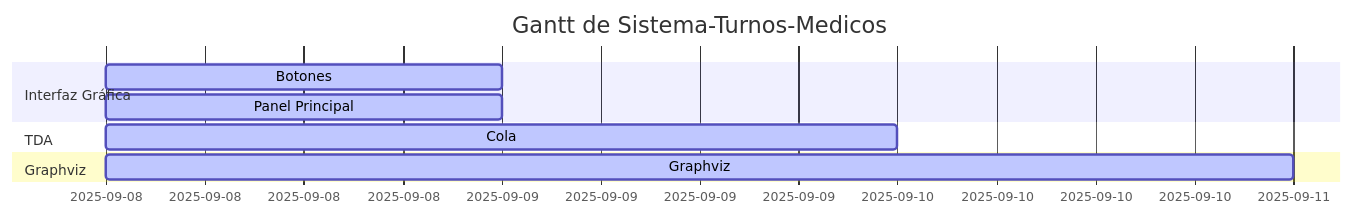
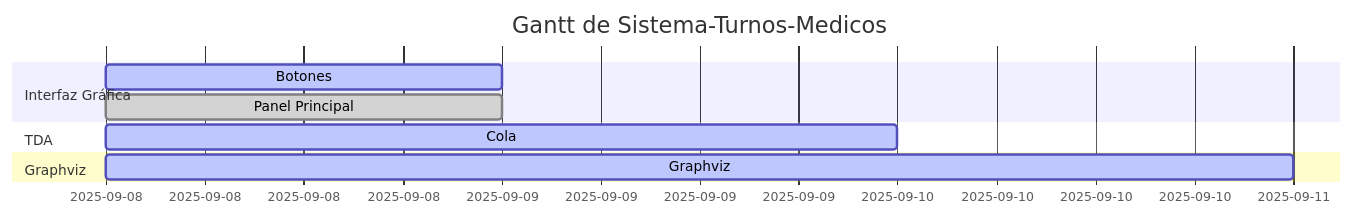
Before and after one commit to MynorCifuentes/Sistema-Turnos-Medicos: the diagram in docs/gantt.md, drawn with Mermaid.

Commit message:
Actualiza diagrama de Gantt automático

````diff
--- a/docs/gantt.md
+++ b/docs/gantt.md
@@ -1,13 +1,13 @@
 ```mermaid
 gantt
     dateFormat  YYYY-MM-DD
     title Gantt de Sistema-Turnos-Medicos
     excludes    weekends
     section Interfaz Gráfica
     Botones :active, 2, 2025-09-08, 2025-09-09
-    Panel Principal :active, 1, 2025-09-08, 2025-09-09
+    Panel Principal :done, 1, 2025-09-08, 2025-09-09
     section TDA
     Cola :active, 3, 2025-09-08, 2025-09-10
     section Graphviz
     Graphviz :active, 4, 2025-09-08, 2025-09-11
 ```
````
